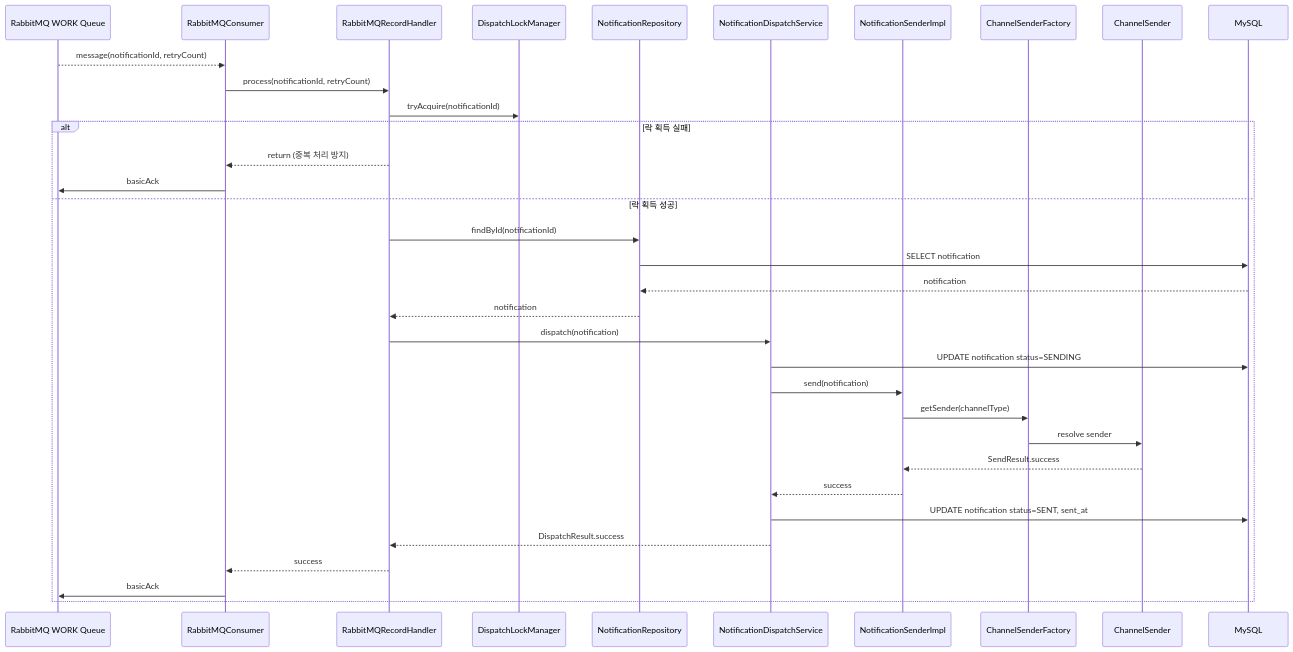
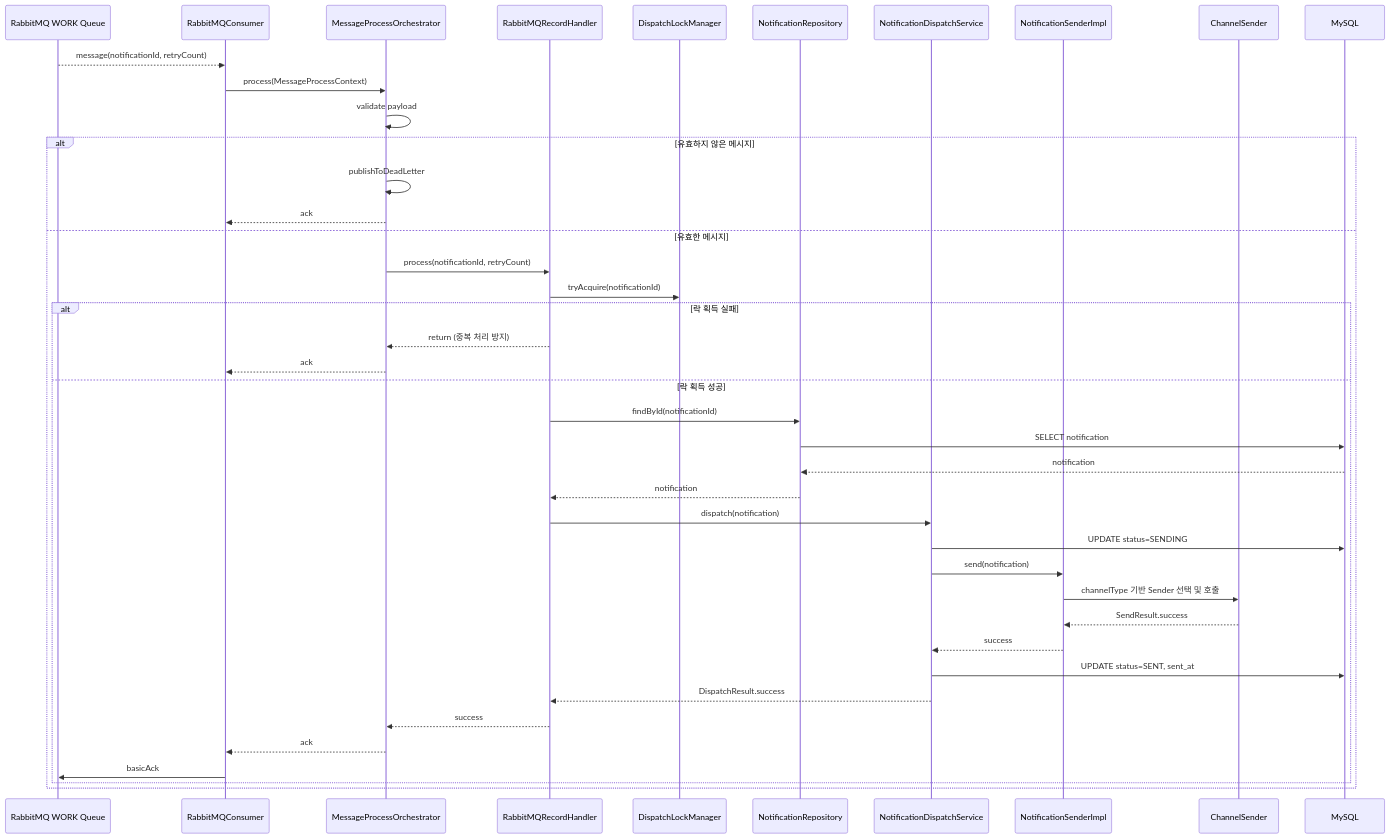
Before and after one commit to yht0827/notification-dispatcher: the third of 7 diagrams in docs/02-sequence-diagrams.md, drawn with Mermaid. The commit also changed other lines of this file and 11 other files, not shown here.

````diff
--- a/docs/02-sequence-diagrams.md
+++ b/docs/02-sequence-diagrams.md
@@ -99,40 +103,48 @@
 ```mermaid
 sequenceDiagram
     participant RS as RabbitMQ WORK Queue
     participant C as RabbitMQConsumer
+    participant O as MessageProcessOrchestrator
     participant H as RabbitMQRecordHandler
     participant L as DispatchLockManager
     participant NR as NotificationRepository
     participant DS as NotificationDispatchService
     participant SA as NotificationSenderImpl
-    participant SF as ChannelSenderFactory
     participant CS as ChannelSender
     participant DB as MySQL
 
     RS-->>C: message(notificationId, retryCount)
-    C->>H: process(notificationId, retryCount)
-    H->>L: tryAcquire(notificationId)
+    C->>O: process(MessageProcessContext)
+    O->>O: validate payload
 
-    alt 락 획득 실패
-        H-->>C: return (중복 처리 방지)
-        C->>RS: basicAck
-    else 락 획득 성공
-        H->>NR: findById(notificationId)
-        NR->>DB: SELECT notification
-        DB-->>NR: notification
-        NR-->>H: notification
+    alt 유효하지 않은 메시지
+        O->>O: publishToDeadLetter
+        O-->>C: ack
+    else 유효한 메시지
+        O->>H: process(notificationId, retryCount)
+        H->>L: tryAcquire(notificationId)
 
-        H->>DS: dispatch(notification)
-        DS->>DB: UPDATE notification status=SENDING
-        DS->>SA: send(notification)
-        SA->>SF: getSender(channelType)
-        SF->>CS: resolve sender
-        CS-->>SA: SendResult.success
-        SA-->>DS: success
-        DS->>DB: UPDATE notification status=SENT, sent_at
-        DS-->>H: DispatchResult.success
+        alt 락 획득 실패
+            H-->>O: return (중복 처리 방지)
+            O-->>C: ack
+        else 락 획득 성공
+            H->>NR: findById(notificationId)
+            NR->>DB: SELECT notification
+            DB-->>NR: notification
+            NR-->>H: notification
 
-        H-->>C: success
-        C->>RS: basicAck
+            H->>DS: dispatch(notification)
+            DS->>DB: UPDATE status=SENDING
+            DS->>SA: send(notification)
+            SA->>CS: channelType 기반 Sender 선택 및 호출
+            CS-->>SA: SendResult.success
+            SA-->>DS: success
+            DS->>DB: UPDATE status=SENT, sent_at
+            DS-->>H: DispatchResult.success
+
+            H-->>O: success
+            O-->>C: ack
+            C->>RS: basicAck
+        end
     end
 ```
````
